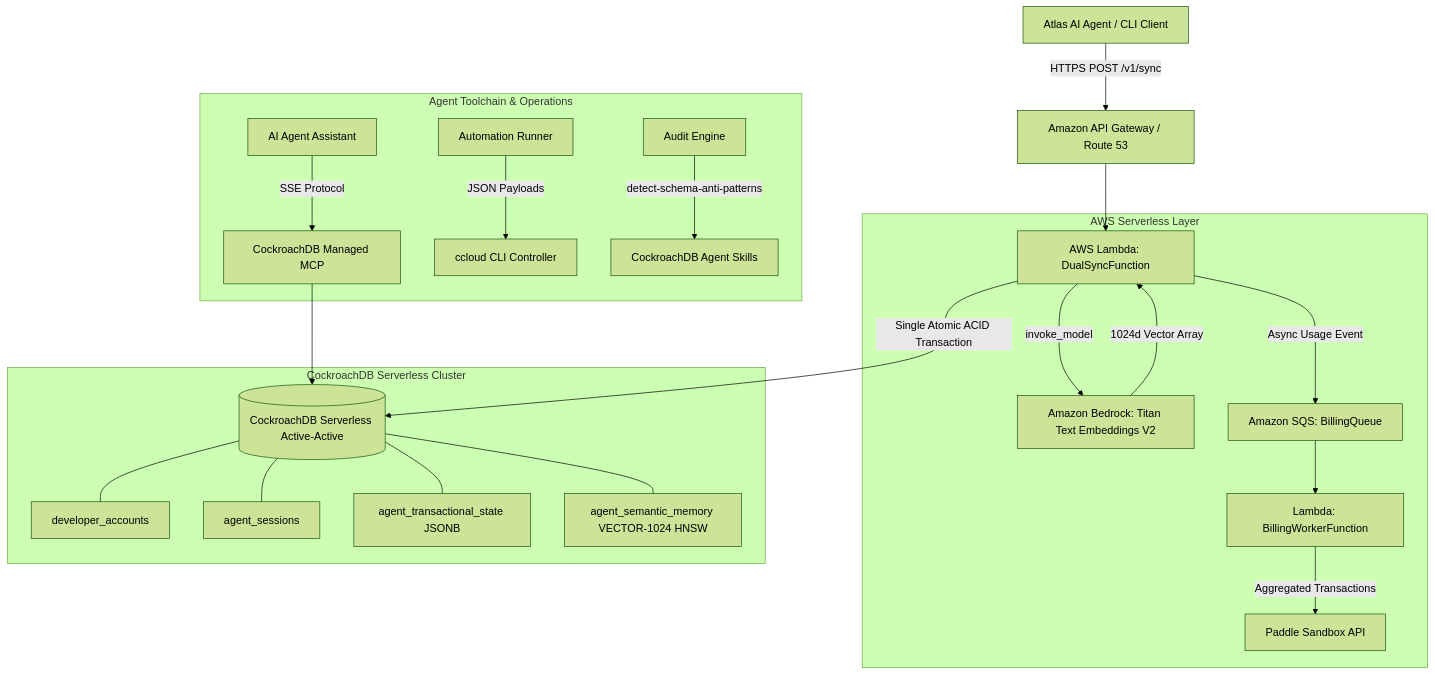
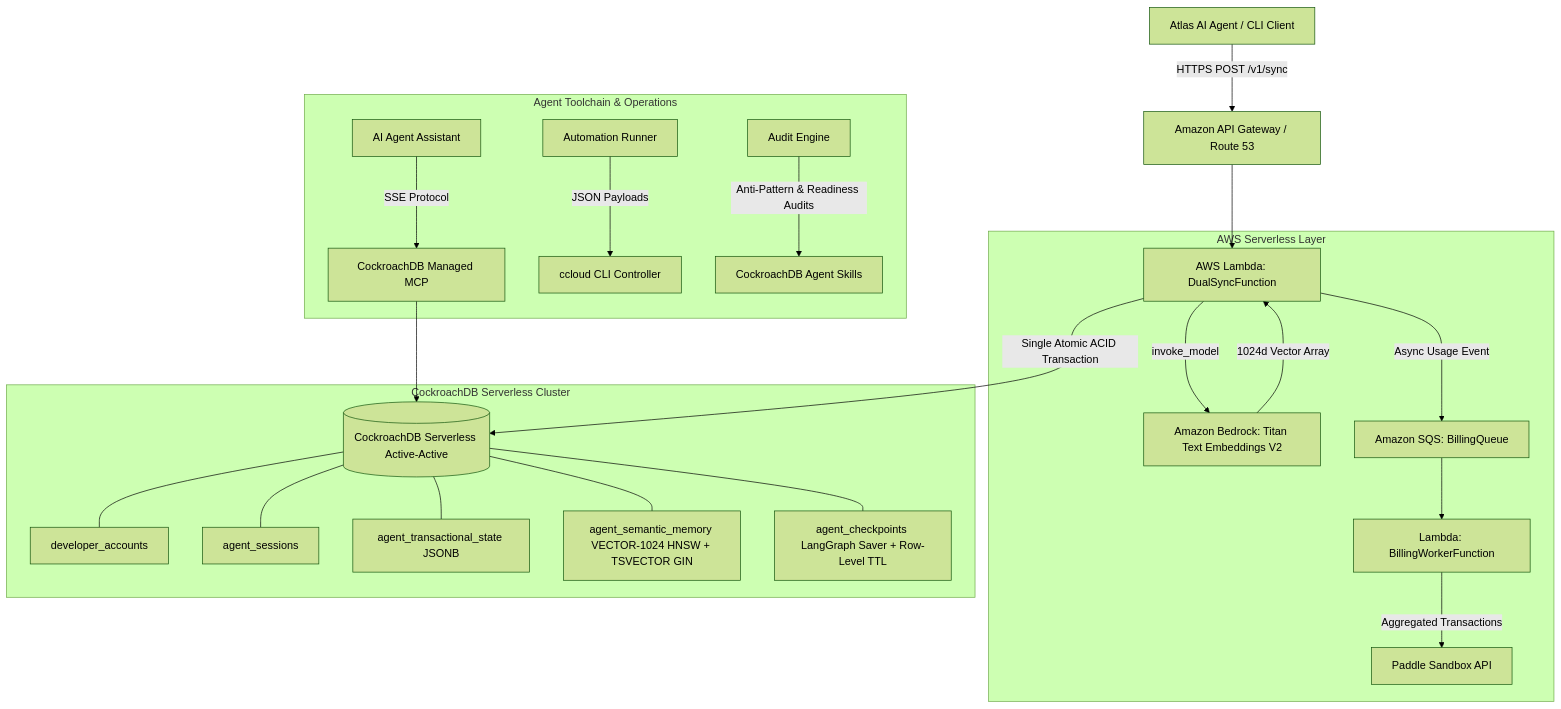
Before and after one commit to rohitdas-ai/statevault: the diagram in docs/SUBMISSION.md, drawn with Mermaid (forest theme). The commit also changed other lines of this file and 10 other files, not shown here.

````diff
--- a/docs/SUBMISSION.md
+++ b/docs/SUBMISSION.md
@@ -53,28 +53,29 @@
 ```mermaid
 graph TD
     Client[Atlas AI Agent / CLI Client] -->|HTTPS POST /v1/sync| APIGW[Amazon API Gateway / Route 53]
     APIGW --> Lambda[AWS Lambda: DualSyncFunction]
     
     subgraph AWS Serverless Layer
         Lambda -->|invoke_model| Bedrock[Amazon Bedrock: Titan Text Embeddings V2]
         Bedrock -->|1024d Vector Array| Lambda
         Lambda -->|Async Usage Event| SQS[Amazon SQS: BillingQueue]
         SQS --> BatchWorker[Lambda: BillingWorkerFunction]
         BatchWorker -->|Aggregated Transactions| Paddle[Paddle Sandbox API]
     end
     
     subgraph CockroachDB Serverless Cluster
         Lambda -->|Single Atomic ACID Transaction| CRDB[(CockroachDB Serverless Active-Active)]
         CRDB --- T1[developer_accounts]
         CRDB --- T2[agent_sessions]
         CRDB --- T3[agent_transactional_state JSONB]
-        CRDB --- T4[agent_semantic_memory VECTOR-1024 HNSW]
+        CRDB --- T4[agent_semantic_memory VECTOR-1024 HNSW + TSVECTOR GIN]
+        CRDB --- T5[agent_checkpoints LangGraph Saver + Row-Level TTL]
     end
     
     subgraph Agent Toolchain & Operations
         MCP[AI Agent Assistant] -->|SSE Protocol| HostedMCP[CockroachDB Managed MCP]
         HostedMCP --> CRDB
         CLI[Automation Runner] -->|JSON Payloads| CCloud[ccloud CLI Controller]
-        Skills[Audit Engine] -->|detect-schema-anti-patterns| CRDBSkills[CockroachDB Agent Skills]
+        Skills[Audit Engine] -->|Anti-Pattern & Readiness Audits| CRDBSkills[CockroachDB Agent Skills]
     end
 ```
````
